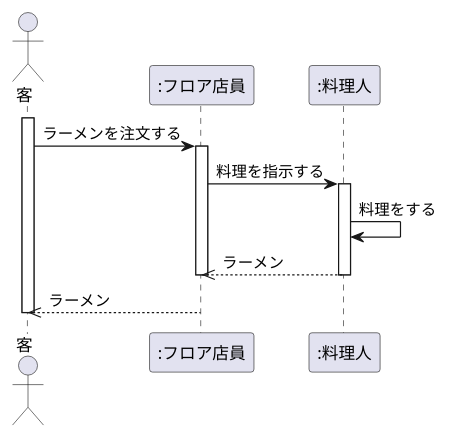
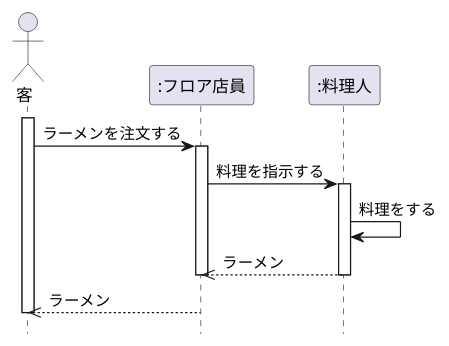
One commit to Aishin12/uml_introduction changed the diagram in 演習4-1_SD_ラーメン屋さんでの注文.pu. Above: the diagram before and after it, drawn with PlantUML.

Commit message:
演習4-1

```diff
--- a/演習4-1_SD_ラーメン屋さんでの注文.pu
+++ b/演習4-1_SD_ラーメン屋さんでの注文.pu
@@ -1,20 +1,21 @@
 @startuml ラーメン屋での注文
+hide footbox
 actor 客 as guest
-participant ":フロア店員" as cleck
+participant ":フロア店員" as clerk
 participant ":料理人" as cocker
 
 activate guest
-guest -> cleck:ラーメンを注文する
-activate cleck
-cleck -> cocker:料理を指示する
+guest -> clerk:ラーメンを注文する
+activate clerk
+clerk -> cocker:料理を指示する
 activate cocker
 cocker -> cocker:料理をする
-cleck <<-- cocker:ラーメン
+clerk <<-- cocker:ラーメン
 deactivate cocker
-deactivate cleck
-guest <<-- cleck:ラーメン
+deactivate clerk
+guest <<-- clerk:ラーメン
 deactivate guest
 
 
 
 @enduml
```
